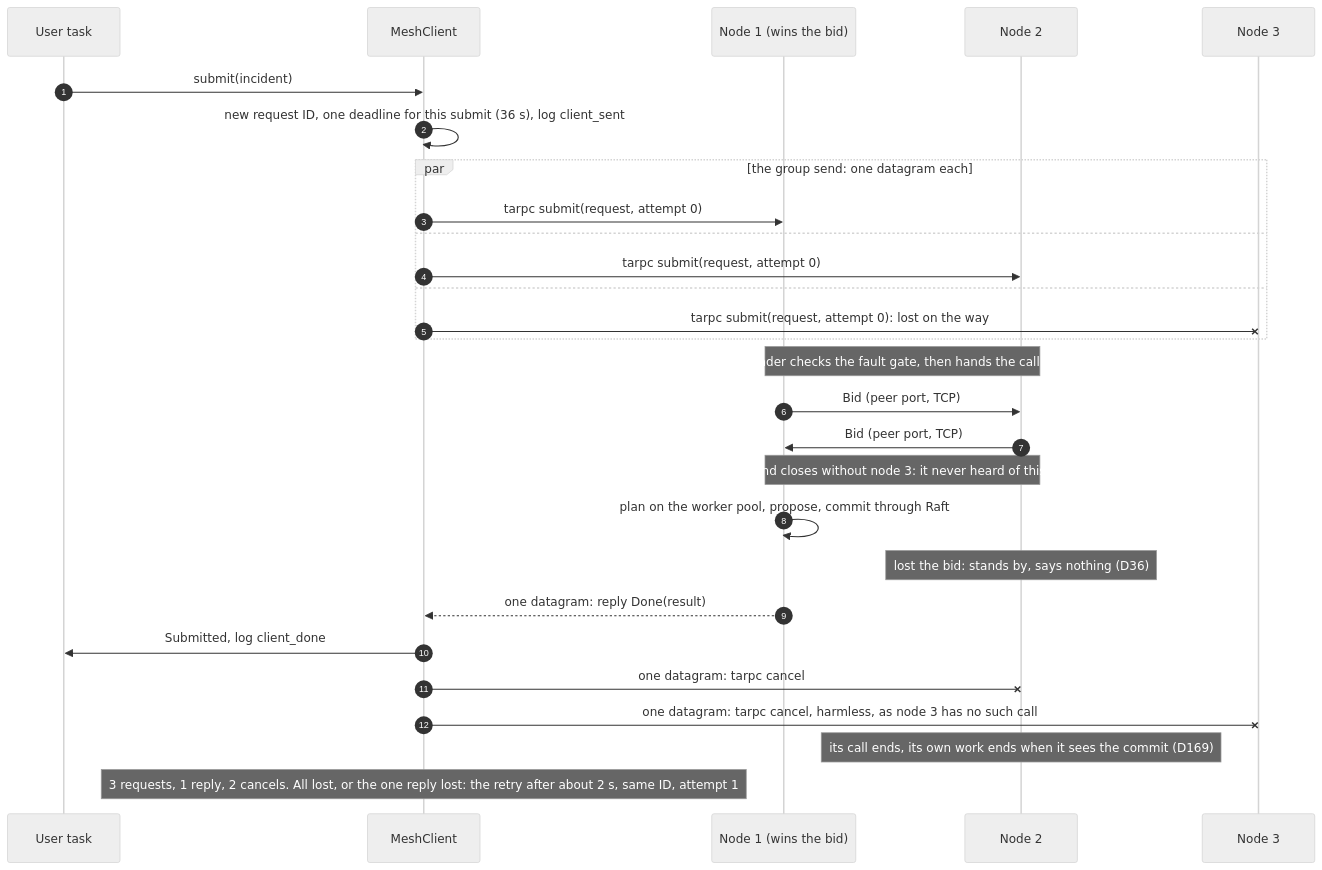
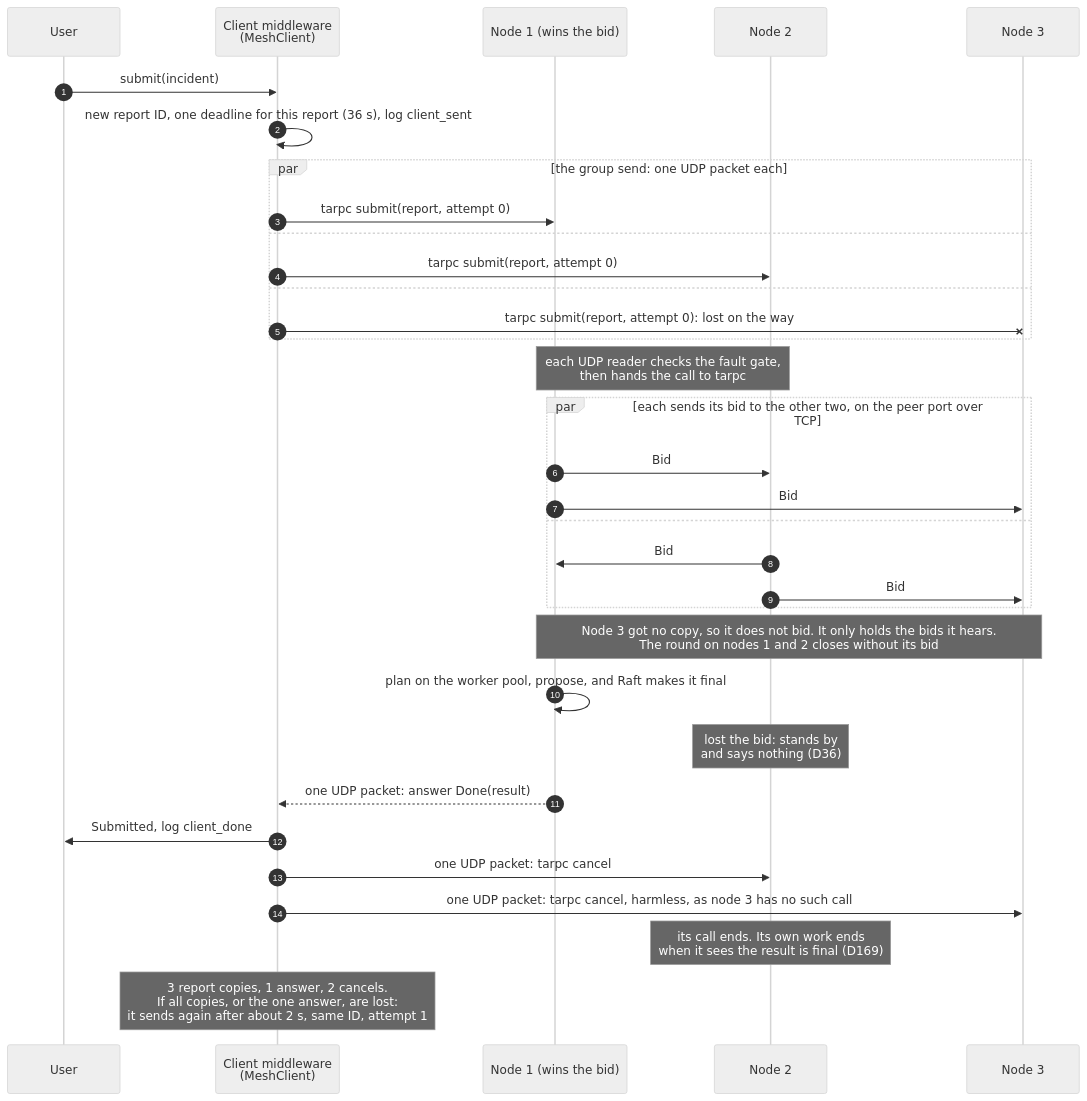
One commit to noortaytoy1/DistributedSystems changed diagram 12 of 48 in docs/architecture.md. Above: the diagram before and after it, drawn with Mermaid (neutral theme). The commit also changed other lines of this file and 2 other files, not shown here.

First line of the commit message:
Apply the diagram review to the architecture docs (D231)

````diff
--- a/docs/architecture.md
+++ b/docs/architecture.md
@@ -633,30 +697,35 @@
 ```mermaid
 sequenceDiagram
     autonumber
-    participant U as User task
-    participant M as MeshClient
+    participant U as User
+    participant M as Client middleware<br/>(MeshClient)
     participant A as Node 1 (wins the bid)
     participant B as Node 2
     participant C as Node 3
     U->>M: submit(incident)
-    M->>M: new request ID, one deadline for this submit (36 s), log client_sent
-    par the group send: one datagram each
-        M->>A: tarpc submit(request, attempt 0)
+    M->>M: new report ID, one deadline for this report (36 s), log client_sent
+    par the group send: one UDP packet each
+        M->>A: tarpc submit(report, attempt 0)
     and
-        M->>B: tarpc submit(request, attempt 0)
+        M->>B: tarpc submit(report, attempt 0)
     and
-        M-xC: tarpc submit(request, attempt 0): lost on the way
+        M-xC: tarpc submit(report, attempt 0): lost on the way
     end
-    Note over A,B: each reader checks the fault gate, then hands the call to tarpc
-    A->>B: Bid (peer port, TCP)
-    B->>A: Bid (peer port, TCP)
-    Note over A,B: the round closes without node 3: it never heard of this report
-    A->>A: plan on the worker pool, propose, commit through Raft
-    Note over B: lost the bid: stands by, says nothing (D36)
-    A-->>M: one datagram: reply Done(result)
+    Note over A,B: each UDP reader checks the fault gate,<br/>then hands the call to tarpc
+    par each sends its bid to the other two, on the peer port over TCP
+        A->>B: Bid
+        A->>C: Bid
+    and
+        B->>A: Bid
+        B->>C: Bid
+    end
+    Note over A,C: Node 3 got no copy, so it does not bid. It only holds the bids it hears.<br/>The round on nodes 1 and 2 closes without its bid
+    A->>A: plan on the worker pool, propose, and Raft makes it final
+    Note over B: lost the bid: stands by<br/>and says nothing (D36)
+    A-->>M: one UDP packet: answer Done(result)
     M->>U: Submitted, log client_done
-    M-xB: one datagram: tarpc cancel
-    M-xC: one datagram: tarpc cancel, harmless, as node 3 has no such call
-    Note over B: its call ends, its own work ends when it sees the commit (D169)
-    Note over M: 3 requests, 1 reply, 2 cancels. All lost, or the one reply lost: the retry after about 2 s, same ID, attempt 1
+    M->>B: one UDP packet: tarpc cancel
+    M->>C: one UDP packet: tarpc cancel, harmless, as node 3 has no such call
+    Note over B: its call ends. Its own work ends<br/>when it sees the result is final (D169)
+    Note over M: 3 report copies, 1 answer, 2 cancels.<br/>If all copies, or the one answer, are lost:<br/>it sends again after about 2 s, same ID, attempt 1
 ```
````
